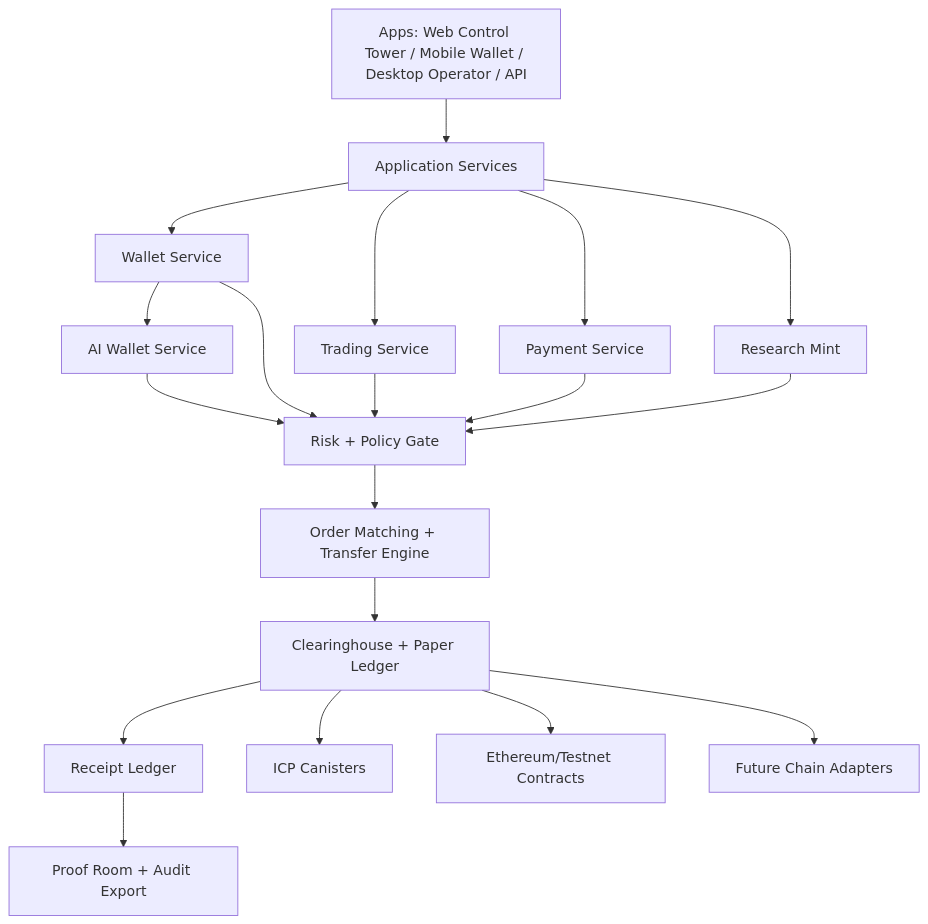
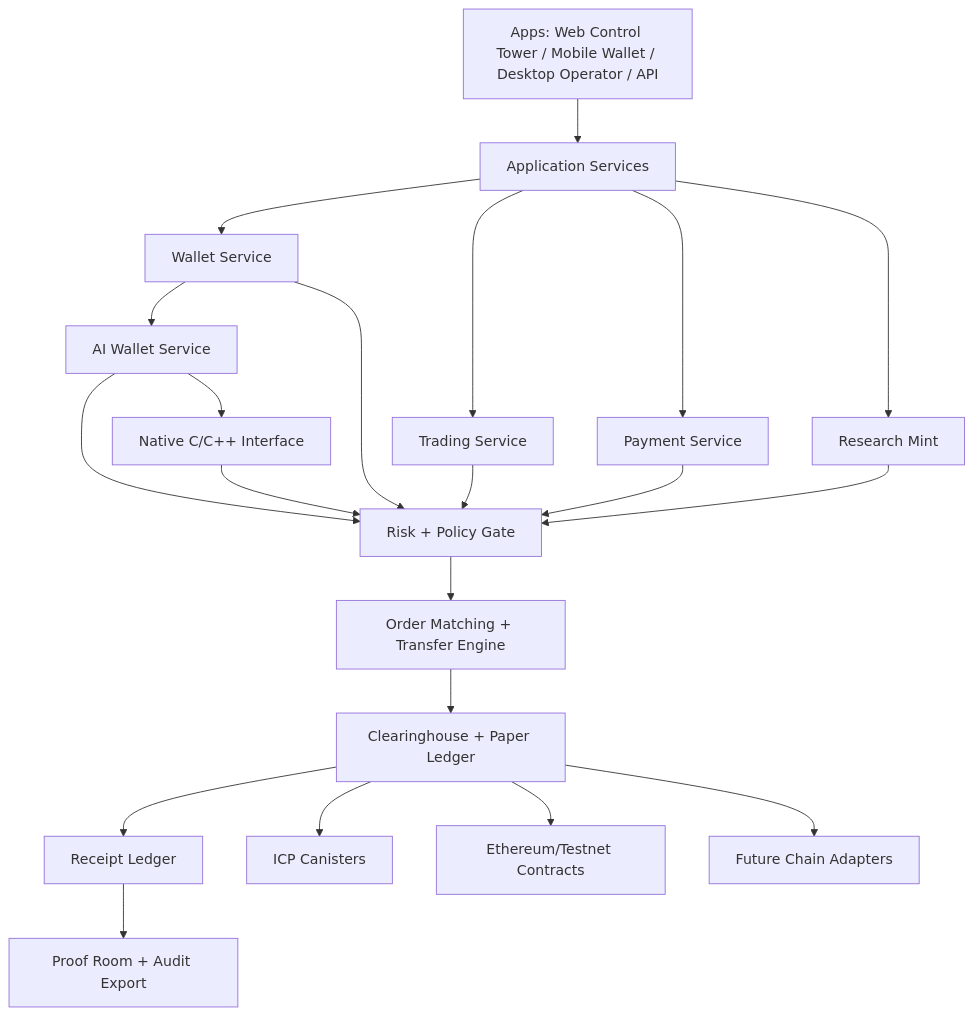
The diagram in README.md (ItsNotAILABS/PARALLAX-Exchange-Clearinghouse), drawn with Mermaid before and after one commit. The commit also changed other lines of this file, not shown here.

Commit message:
Document native C and C++ interface in README

````diff
--- a/README.md
+++ b/README.md
@@ -106,21 +137,23 @@
 ```mermaid
 flowchart TD
     A[Apps: Web Control Tower / Mobile Wallet / Desktop Operator / API] --> B[Application Services]
     B --> C[Wallet Service]
     C --> C2[AI Wallet Service]
+    C2 --> C3[Native C/C++ Interface]
     B --> D[Trading Service]
     B --> E[Payment Service]
     B --> F[Research Mint]
     C2 --> G[Risk + Policy Gate]
+    C3 --> G
     C --> G
     D --> G
     E --> G
     F --> G
     G --> H[Order Matching + Transfer Engine]
     H --> I[Clearinghouse + Paper Ledger]
     I --> J[Receipt Ledger]
     J --> K[Proof Room + Audit Export]
     I --> L[ICP Canisters]
     I --> M[Ethereum/Testnet Contracts]
     I --> N[Future Chain Adapters]
 ```
````
